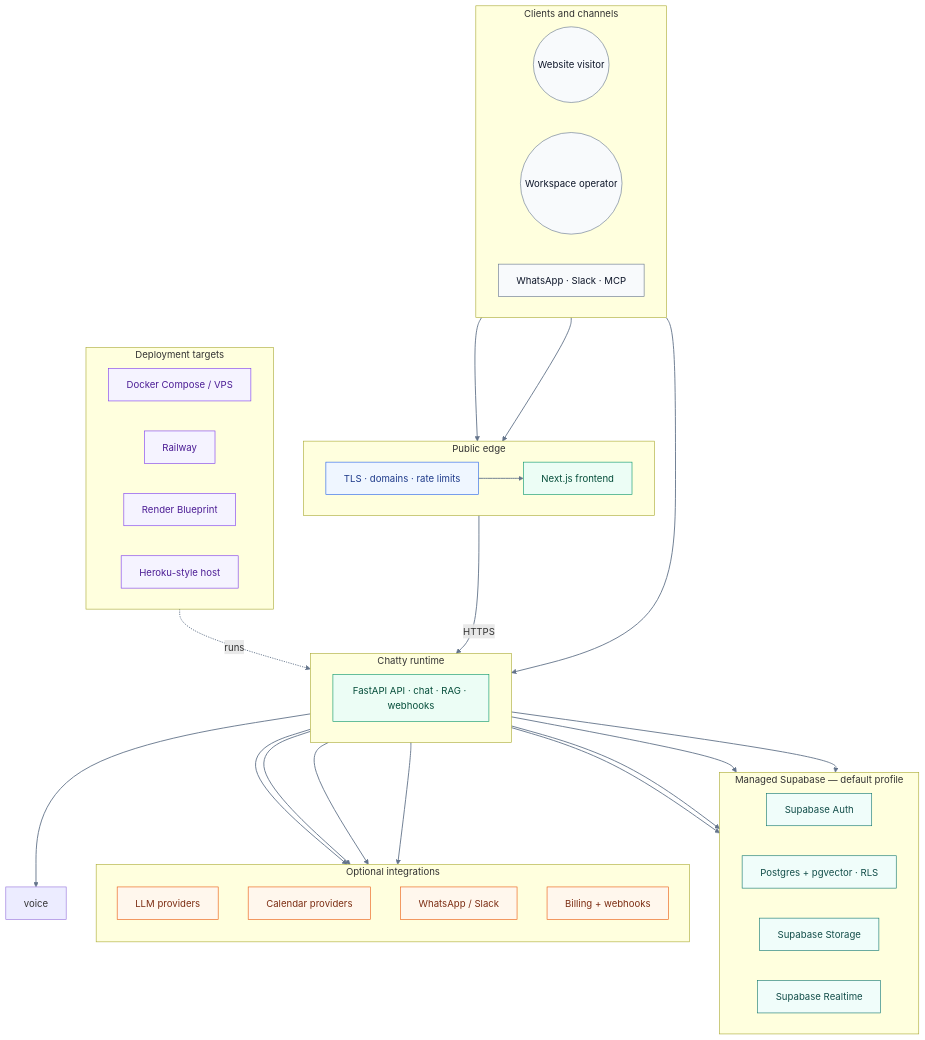
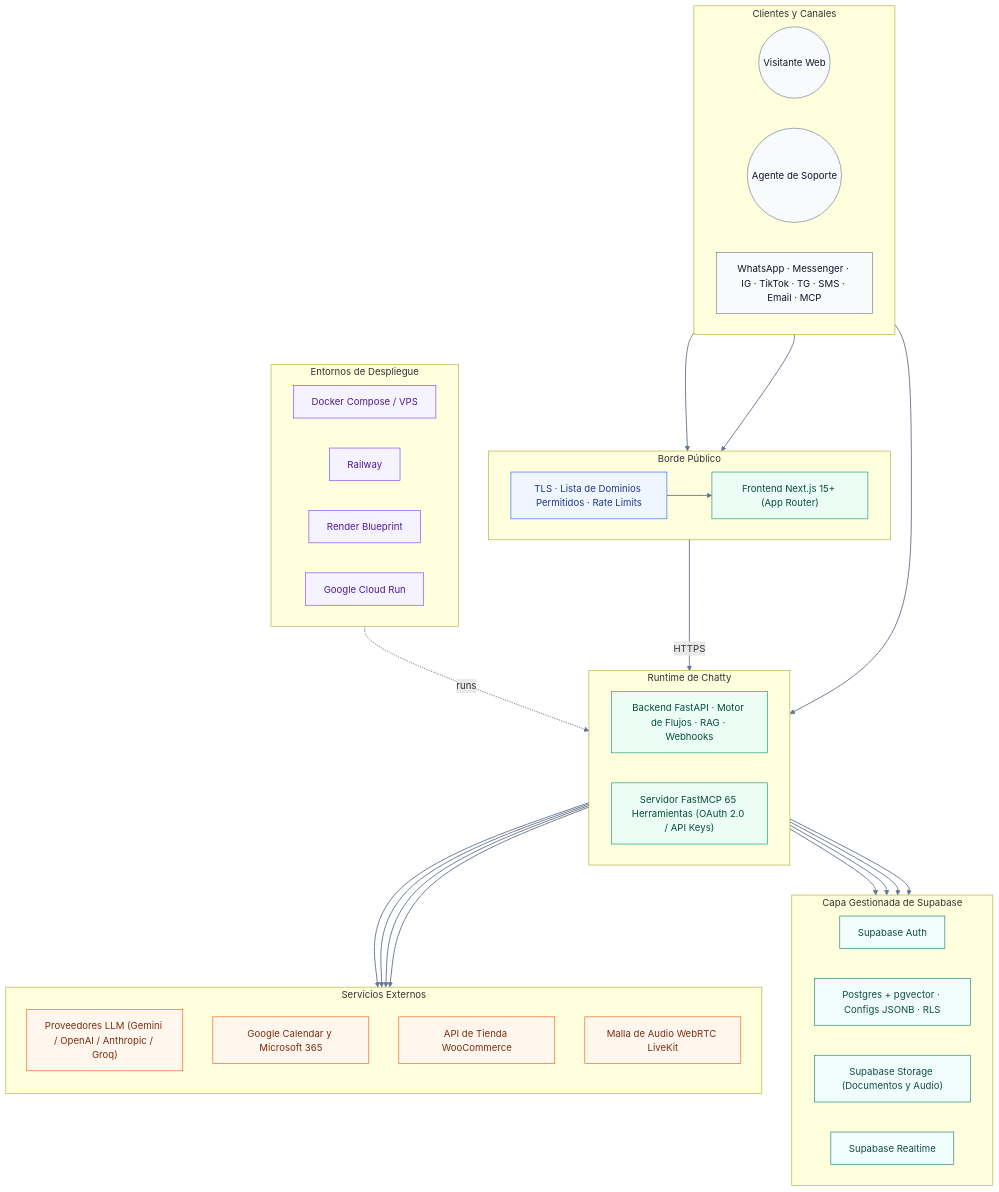
The second of 2 diagrams in README.es.md (PersonaliAI/chatty), drawn with Mermaid before and after one commit. The commit also changed other lines of this file and 3 other files, not shown here.

Commit message:
docs: fully revise readmes in en, es, ja, zh-cn with 7-channel hub, flow builder, woocommerce, and new diagrams

````diff
--- a/README.es.md
+++ b/README.es.md
@@ -110,63 +339,63 @@
 ```mermaid
 flowchart TB
     classDef actor fill:#f8fafc,stroke:#64748b,color:#0f172a
     classDef edge fill:#eff6ff,stroke:#2563eb,color:#1e3a8a
     classDef app fill:#ecfdf5,stroke:#059669,color:#064e3b
     classDef data fill:#f0fdfa,stroke:#0f766e,color:#134e4a
     classDef integration fill:#fff7ed,stroke:#ea580c,color:#7c2d12
     classDef deploy fill:#f5f3ff,stroke:#7c3aed,color:#4c1d95
 
-    subgraph clients["Clients and channels"]
+    subgraph clients["Clientes y Canales"]
         direction LR
-        visitor(("Website visitor")):::actor
-        operator(("Workspace operator")):::actor
-        channels["WhatsApp · Slack · MCP"]:::actor
+        visitor(("Visitante Web")):::actor
+        operator(("Agente de Soporte")):::actor
+        omni["WhatsApp · Messenger · IG · TikTok · TG · SMS · Email · MCP"]:::actor
     end
-    subgraph edge["Public edge"]
+    subgraph edge["Borde Público"]
         direction LR
-        tls["TLS · domains · rate limits"]:::edge
-        web["Next.js frontend"]:::app
+        tls["TLS · Lista de Dominios Permitidos · Rate Limits"]:::edge
+        web["Frontend Next.js 15+ (App Router)"]:::app
     end
-    subgraph runtime["Chatty runtime"]
+    subgraph runtime["Runtime de Chatty"]
         direction LR
-        api["FastAPI API · chat · RAG · webhooks"]:::app
+        api["Backend FastAPI · Motor de Flujos · RAG · Webhooks"]:::app
+        mcp["Servidor FastMCP 65 Herramientas (OAuth 2.0 / API Keys)"]:::app
     end
-    subgraph managed["Managed Supabase — default profile"]
+    subgraph managed["Capa Gestionada de Supabase"]
         direction LR
         auth["Supabase Auth"]:::data
-        postgres["Postgres + pgvector · RLS"]:::data
-        storage["Supabase Storage"]:::data
+        postgres["Postgres + pgvector · Configs JSONB · RLS"]:::data
+        storage["Supabase Storage (Documentos y Audio)"]:::data
         realtime["Supabase Realtime"]:::data
     end
-    subgraph integrations["Optional integrations"]
+    subgraph integrations["Servicios Externos"]
         direction TB
-        llm["LLM providers"]:::integration
-        calendar["Calendar providers"]:::integration
-        channelsApi["WhatsApp / Slack"]:::integration
-        billing["Billing + webhooks"]:::integration
+        llm["Proveedores LLM (Gemini / OpenAI / Anthropic / Groq)"]:::integration
+        calendar["Google Calendar y Microsoft 365"]:::integration
+        wooCommerce["API de Tienda WooCommerce"]:::integration
+        voiceLiveKit["Malla de Audio WebRTC LiveKit"]:::integration
     end
-    subgraph targets["Deployment targets"]
+    subgraph targets["Entornos de Despliegue"]
         direction LR
         docker["Docker Compose / VPS"]:::deploy
         railway["Railway"]:::deploy
         render["Render Blueprint"]:::deploy
-        heroku["Heroku-style host"]:::deploy
+        cloudrun["Google Cloud Run"]:::deploy
     end
 
     visitor --> tls
     operator --> web
-    channels --> api
+    omni --> api
     tls --> web
     web -->|HTTPS| api
-    api --> voice
     api --> auth
     api --> postgres
     api --> storage
     api --> realtime
     api --> llm
     api --> calendar
-    api --> channelsApi
-    api --> billing
+    api --> wooCommerce
+    api --> voiceLiveKit
     targets -. runs .-> runtime
     linkStyle default stroke:#64748b,stroke-width:1.5px
 ```
````
